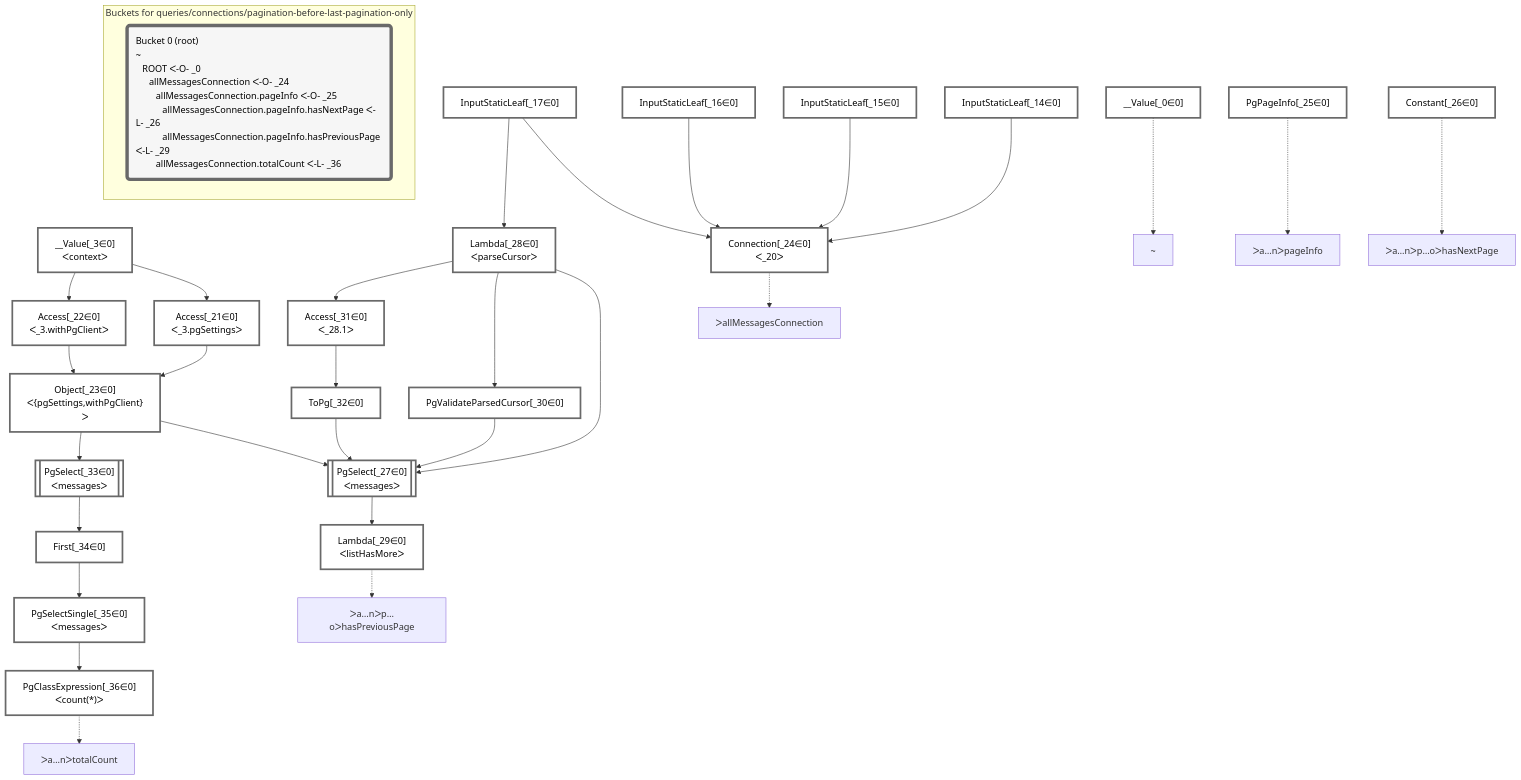
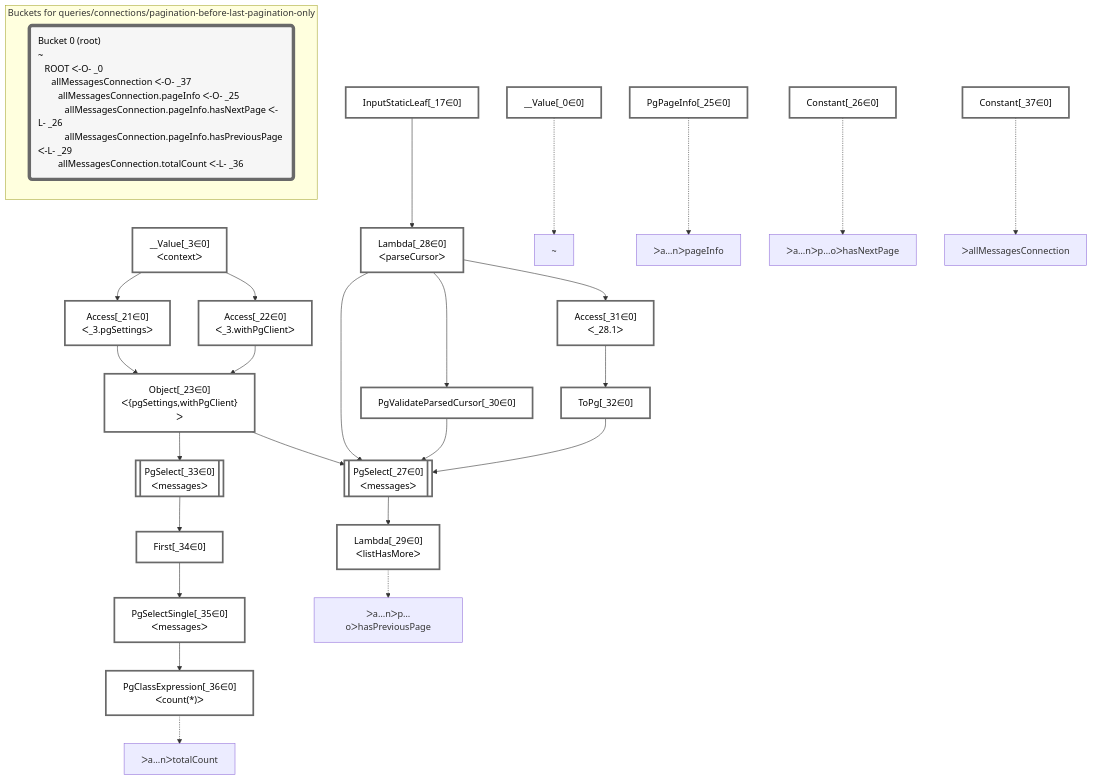
The diagram in packages/dataplan-pg/__tests__/queries/connections/pagination-before-last-pagination-only.mermaid.md (graphile/crystal), drawn with Mermaid before and after one commit. The commit also changed 57 other files, not shown here.

````diff
--- a/packages/dataplan-pg/__tests__/queries/connections/pagination-before-last-pagination-only.mermaid.md
+++ b/packages/dataplan-pg/__tests__/queries/connections/pagination-before-last-pagination-only.mermaid.md
@@ -1,69 +1,65 @@
 ```mermaid
 graph TD
     classDef path fill:#eee,stroke:#000,color:#000
     classDef plan fill:#fff,stroke-width:3px,color:#000
     classDef itemplan fill:#fff,stroke-width:6px,color:#000
     classDef sideeffectplan fill:#f00,stroke-width:6px,color:#000
     classDef bucket fill:#f6f6f6,color:#000,stroke-width:6px,text-align:left
 
 
     %% define plans
     __Value_0["__Value[_0∈0]"]:::plan
     Lambda_29["Lambda[_29∈0]<br />ᐸlistHasMoreᐳ"]:::plan
     PgSelect_27[["PgSelect[_27∈0]<br />ᐸmessagesᐳ"]]:::plan
     PgClassExpression_36["PgClassExpression[_36∈0]<br />ᐸcount(*)ᐳ"]:::plan
     PgSelectSingle_35["PgSelectSingle[_35∈0]<br />ᐸmessagesᐳ"]:::plan
     First_34["First[_34∈0]"]:::plan
     PgSelect_33[["PgSelect[_33∈0]<br />ᐸmessagesᐳ"]]:::plan
     Object_23["Object[_23∈0]<br />ᐸ{pgSettings,withPgClient}ᐳ"]:::plan
     Access_21["Access[_21∈0]<br />ᐸ_3.pgSettingsᐳ"]:::plan
     Access_22["Access[_22∈0]<br />ᐸ_3.withPgClientᐳ"]:::plan
     __Value_3["__Value[_3∈0]<br />ᐸcontextᐳ"]:::plan
-    Connection_24["Connection[_24∈0]<br />ᐸ_20ᐳ"]:::plan
-    InputStaticLeaf_14["InputStaticLeaf[_14∈0]"]:::plan
-    InputStaticLeaf_15["InputStaticLeaf[_15∈0]"]:::plan
-    InputStaticLeaf_16["InputStaticLeaf[_16∈0]"]:::plan
     PgValidateParsedCursor_30["PgValidateParsedCursor[_30∈0]"]:::plan
     ToPg_32["ToPg[_32∈0]"]:::plan
     Access_31["Access[_31∈0]<br />ᐸ_28.1ᐳ"]:::plan
     Lambda_28["Lambda[_28∈0]<br />ᐸparseCursorᐳ"]:::plan
     InputStaticLeaf_17["InputStaticLeaf[_17∈0]"]:::plan
+    Constant_37["Constant[_37∈0]"]:::plan
     PgPageInfo_25["PgPageInfo[_25∈0]"]:::plan
     Constant_26["Constant[_26∈0]"]:::plan
 
     %% plan dependencies
     PgSelect_27 --> Lambda_29
     Object_23 & Lambda_28 & PgValidateParsedCursor_30 & ToPg_32 --> PgSelect_27
     PgSelectSingle_35 --> PgClassExpression_36
     First_34 --> PgSelectSingle_35
     PgSelect_33 --> First_34
     Object_23 --> PgSelect_33
     Access_21 & Access_22 --> Object_23
     __Value_3 --> Access_21
     __Value_3 --> Access_22
-    InputStaticLeaf_14 & InputStaticLeaf_15 & InputStaticLeaf_16 & InputStaticLeaf_17 --> Connection_24
     Lambda_28 --> PgValidateParsedCursor_30
     Access_31 --> ToPg_32
     Lambda_28 --> Access_31
     InputStaticLeaf_17 --> Lambda_28
 
     %% plan-to-path relationships
     P_0["~"]
     __Value_0 -.-> P_0
-    P_24["ᐳallMessagesConnection"]
-    Connection_24 -.-> P_24
     P_25["ᐳa…nᐳpageInfo"]
     PgPageInfo_25 -.-> P_25
     P_26["ᐳa…nᐳp…oᐳhasNextPage"]
     Constant_26 -.-> P_26
     P_29["ᐳa…nᐳp…oᐳhasPreviousPage"]
     Lambda_29 -.-> P_29
     P_36["ᐳa…nᐳtotalCount"]
     PgClassExpression_36 -.-> P_36
+    P_37["ᐳallMessagesConnection"]
+    Constant_37 -.-> P_37
 
     subgraph "Buckets for queries/connections/pagination-before-last-pagination-only"
-    Bucket0("Bucket 0 (root)<br />~<br />⠀ROOT ᐸ-O- _0<br />⠀⠀allMessagesConnection ᐸ-O- _24<br />⠀⠀⠀allMessagesConnection.pageInfo ᐸ-O- _25<br />⠀⠀⠀⠀allMessagesConnection.pageInfo.hasNextPage ᐸ-L- _26<br />⠀⠀⠀⠀allMessagesConnection.pageInfo.hasPreviousPage ᐸ-L- _29<br />⠀⠀⠀allMessagesConnection.totalCount ᐸ-L- _36"):::bucket
+    Bucket0("Bucket 0 (root)<br />~<br />⠀ROOT ᐸ-O- _0<br />⠀⠀allMessagesConnection ᐸ-O- _37<br />⠀⠀⠀allMessagesConnection.pageInfo ᐸ-O- _25<br />⠀⠀⠀⠀allMessagesConnection.pageInfo.hasNextPage ᐸ-L- _26<br />⠀⠀⠀⠀allMessagesConnection.pageInfo.hasPreviousPage ᐸ-L- _29<br />⠀⠀⠀allMessagesConnection.totalCount ᐸ-L- _36"):::bucket
     classDef bucket0 stroke:#696969
-    class Bucket0,__Value_0,__Value_3,InputStaticLeaf_14,InputStaticLeaf_15,InputStaticLeaf_16,InputStaticLeaf_17,Access_21,Access_22,Object_23,Connection_24,PgPageInfo_25,Constant_26,PgSelect_27,Lambda_28,Lambda_29,PgValidateParsedCursor_30,Access_31,ToPg_32,PgSelect_33,First_34,PgSelectSingle_35,PgClassExpression_36 bucket0
+    class Bucket0,__Value_0,__Value_3,InputStaticLeaf_17,Access_21,Access_22,Object_23,PgPageInfo_25,Constant_26,PgSelect_27,Lambda_28,Lambda_29,PgValidateParsedCursor_30,Access_31,ToPg_32,PgSelect_33,First_34,PgSelectSingle_35,PgClassExpression_36,Constant_37 bucket0
     end
 ```
````
